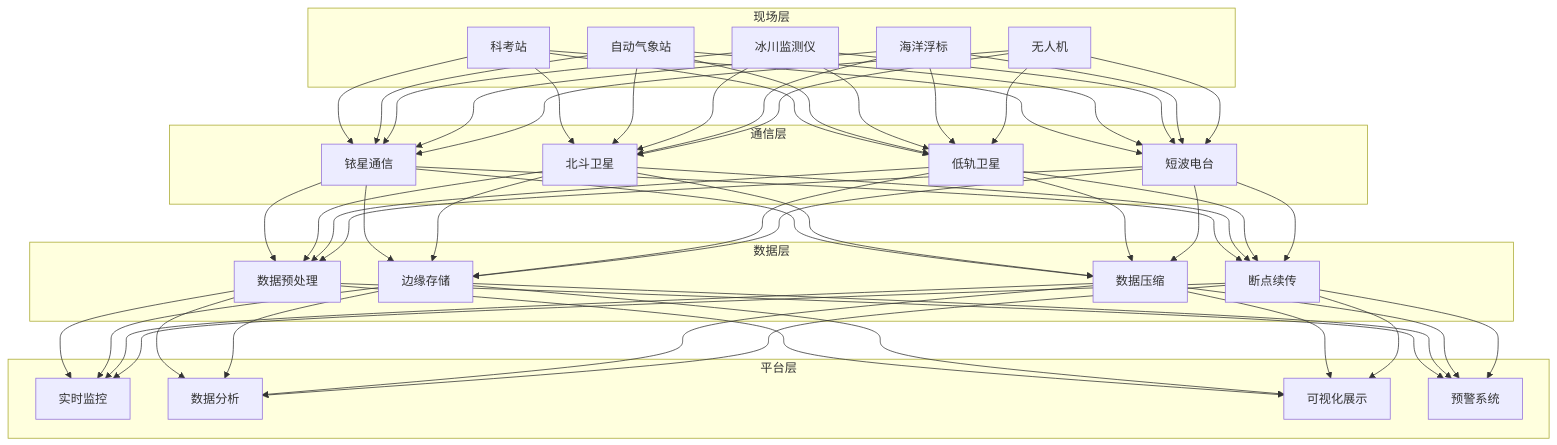
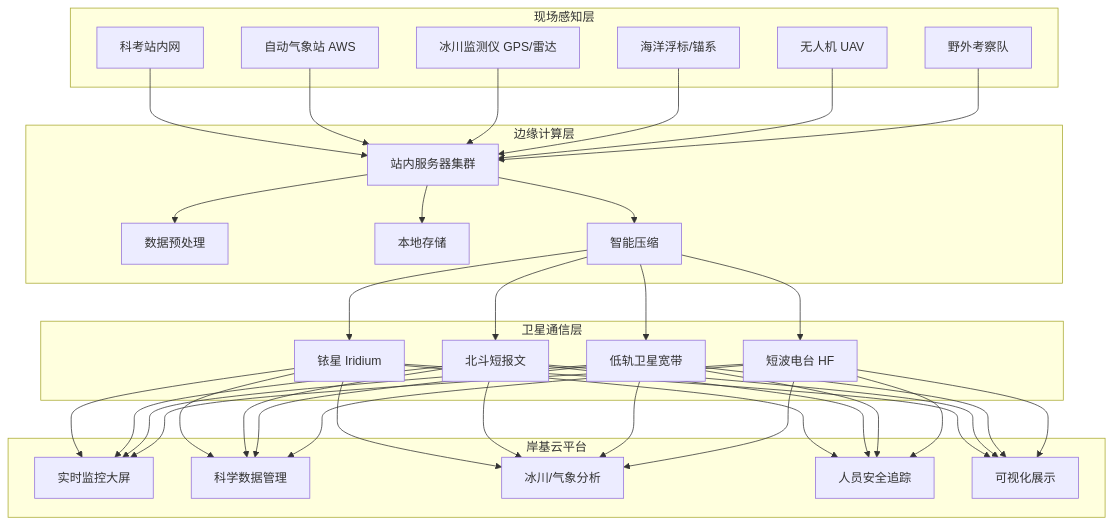
Before and after one commit to kudig-io/kudig-database: the first of 3 diagrams in topic-application-architecture/79-polar-research.md, drawn with Mermaid. The commit also changed other lines of this file and 8633 other files, not shown here.

````diff
--- a/topic-application-architecture/79-polar-research.md
+++ b/topic-application-architecture/79-polar-research.md
@@ -49,35 +119,38 @@
 ```mermaid
 graph TB
-    subgraph 现场层
-        F1[科考站]
-        F2[自动气象站]
-        F3[冰川监测仪]
-        F4[海洋浮标]
-        F5[无人机]
+    subgraph 现场感知层
+        F1[科考站内网]
+        F2[自动气象站 AWS]
+        F3[冰川监测仪 GPS/雷达]
+        F4[海洋浮标/锚系]
+        F5[无人机 UAV]
+        F6[野外考察队]
     end
 
-    subgraph 通信层
-        C1[铱星通信]
-        C2[北斗卫星]
-        C3[低轨卫星]
-        C4[短波电台]
+    subgraph 边缘计算层
+        N1[站内服务器集群]
+        N2[数据预处理]
+        N3[本地存储]
+        N4[智能压缩]
     end
 
-    subgraph 数据层
-        D1[数据预处理]
-        D2[边缘存储]
-        D3[数据压缩]
-        D4[断点续传]
+    subgraph 卫星通信层
+        C1[铱星 Iridium]
+        C2[北斗短报文]
+        C3[低轨卫星宽带]
+        C4[短波电台 HF]
     end
 
-    subgraph 平台层
-        P1[实时监控]
-        P2[数据分析]
-        P3[可视化展示]
-        P4[预警系统]
+    subgraph 岸基云平台
+        P1[实时监控大屏]
+        P2[科学数据管理]
+        P3[冰川/气象分析]
+        P4[人员安全追踪]
+        P5[可视化展示]
     end
 
-    F1 & F2 & F3 & F4 & F5 --> C1 & C2 & C3 & C4
-    C1 & C2 & C3 & C4 --> D1 & D2 & D3 & D4
-    D1 & D2 & D3 & D4 --> P1 & P2 & P3 & P4
+    F1 & F2 & F3 & F4 & F5 & F6 --> N1
+    N1 --> N2 & N3 & N4
+    N4 --> C1 & C2 & C3 & C4
+    C1 & C2 & C3 & C4 --> P1 & P2 & P3 & P4 & P5
 ```
````
